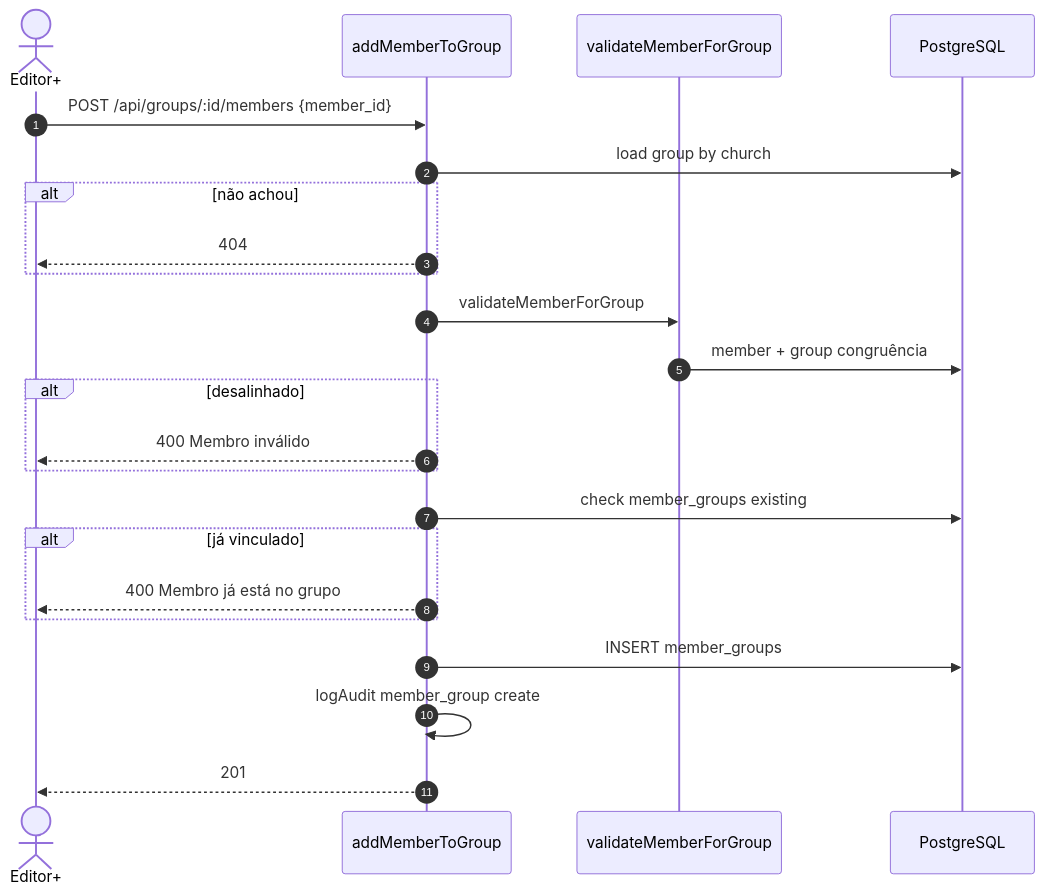
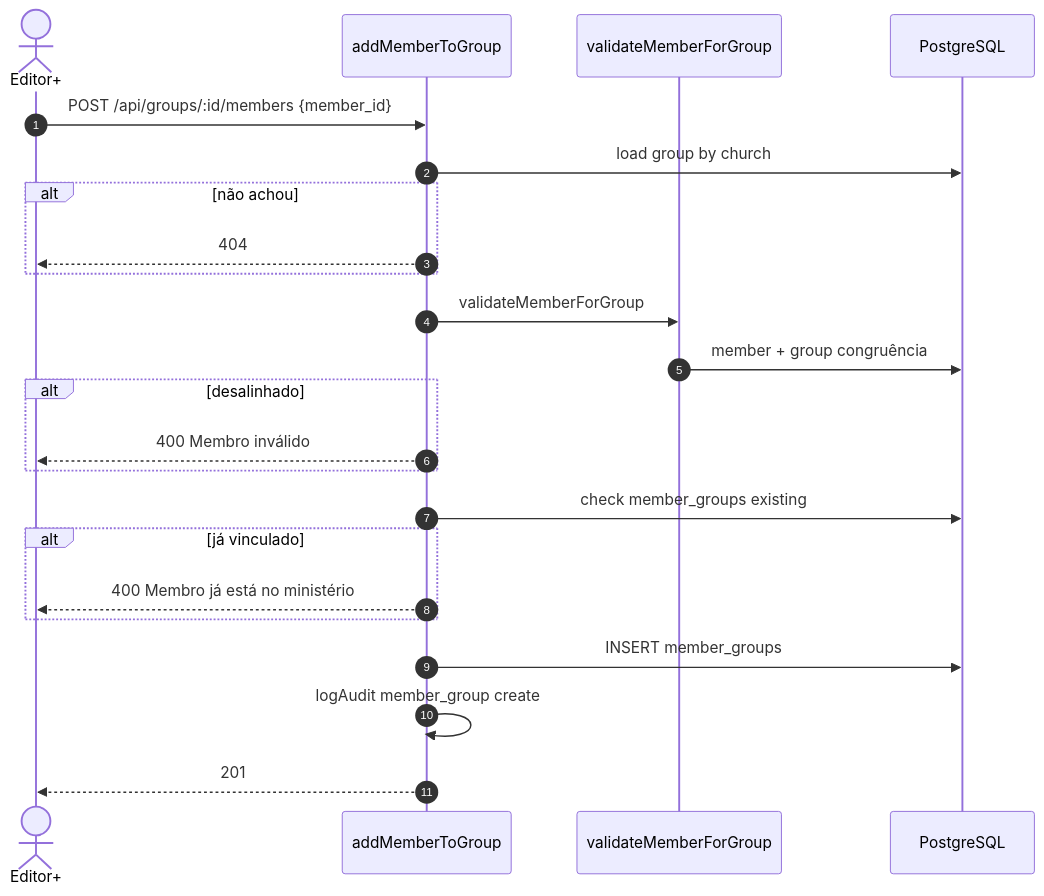
Before and after one commit to vinic-asouza/flock: the second of 6 diagrams in docs/04_modulos/grupos.md, drawn with Mermaid. The commit also changed other lines of this file and 65 other files, not shown here.

````diff
--- a/docs/04_modulos/grupos.md
+++ b/docs/04_modulos/grupos.md
@@ -295,26 +306,26 @@
 ```mermaid
 sequenceDiagram
   autonumber
   actor U as Editor+
   participant API as addMemberToGroup
   participant VAL as validateMemberForGroup
   participant DB as PostgreSQL
 
   U->>API: POST /api/groups/:id/members {member_id}
   API->>DB: load group by church
   alt não achou
     API-->>U: 404
   end
   API->>VAL: validateMemberForGroup
   VAL->>DB: member + group congruência
   alt desalinhado
     API-->>U: 400 Membro inválido
   end
   API->>DB: check member_groups existing
   alt já vinculado
-    API-->>U: 400 Membro já está no grupo
+    API-->>U: 400 Membro já está no ministério
   end
   API->>DB: INSERT member_groups
   API->>API: logAudit member_group create
   API-->>U: 201
 ```
````
